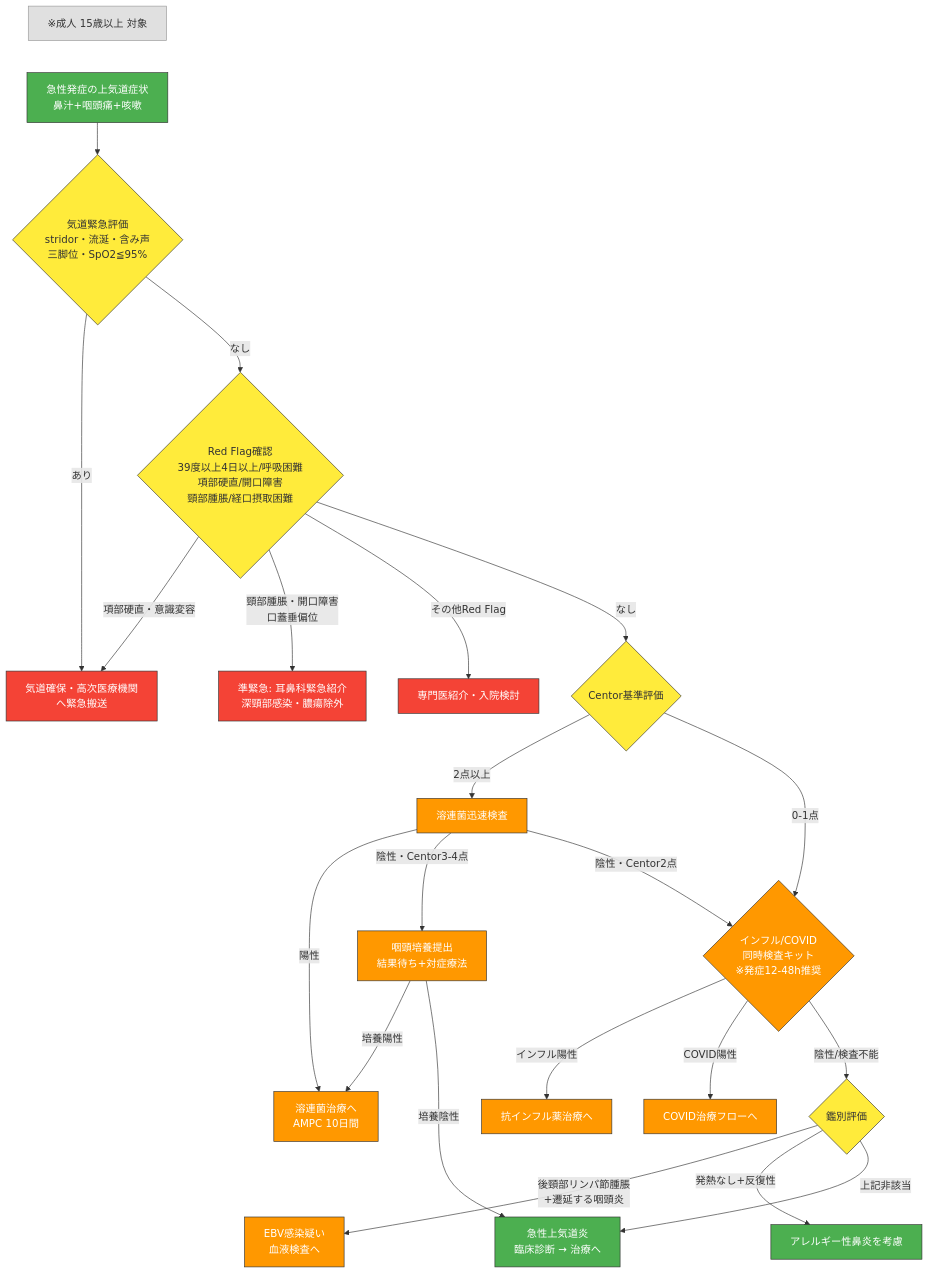
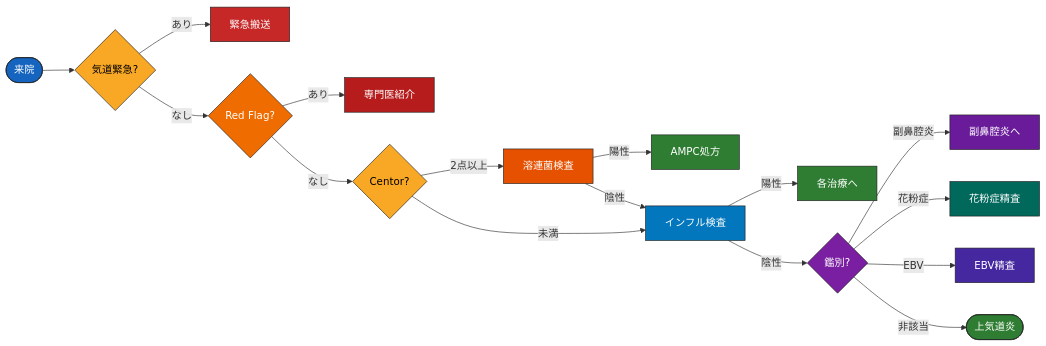
Before and after one commit to DrYamaHiro/medical-wiki: the diagram in flowcharts/j00-common-cold/diagnosis.mmd, drawn with Mermaid. The commit also changed 24 other files, not shown here.

First line of the commit message:
Add CPI calculator, fix 010 Mermaid build errors, update flowchart guidelines

```diff
--- a/flowcharts/j00-common-cold/diagnosis.mmd
+++ b/flowcharts/j00-common-cold/diagnosis.mmd
@@ -1,42 +1,35 @@
-flowchart TD
-    NOTE["※成人 15歳以上 対象"]
-    A["急性発症の上気道症状<br/>鼻汁+咽頭痛+咳嗽"] --> B{"気道緊急評価<br/>stridor・流涎・含み声<br/>三脚位・SpO2≦95%"}
-    B -->|"あり"| C["気道確保・高次医療機関<br/>へ緊急搬送"]
-    B -->|"なし"| D{"Red Flag確認<br/>39度以上4日以上/呼吸困難<br/>項部硬直/開口障害<br/>頸部腫脹/経口摂取困難"}
-    D -->|"項部硬直・意識変容"| C
-    D -->|"頸部腫脹・開口障害<br/>口蓋垂偏位"| E["準緊急: 耳鼻科緊急紹介<br/>深頸部感染・膿瘍除外"]
-    D -->|"その他Red Flag"| F["専門医紹介・入院検討"]
-    D -->|"なし"| G{"Centor基準評価"}
-    G -->|"2点以上"| H["溶連菌迅速検査"]
-    G -->|"0-1点"| I{"インフル/COVID<br/>同時検査キット<br/>※発症12-48h推奨"}
-    H -->|"陽性"| J["溶連菌治療へ<br/>AMPC 10日間"]
-    H -->|"陰性・Centor3-4点"| K["咽頭培養提出<br/>結果待ち+対症療法"]
-    H -->|"陰性・Centor2点"| I
-    K -->|"培養陽性"| J
-    K -->|"培養陰性"| P
-    I -->|"インフル陽性"| L1["抗インフル薬治療へ"]
-    I -->|"COVID陽性"| L2["COVID治療フローへ"]
-    I -->|"陰性/検査不能"| M{"鑑別評価"}
-    M -->|"後頸部リンパ節腫脹<br/>+遷延する咽頭炎"| N["EBV感染疑い<br/>血液検査へ"]
-    M -->|"発熱なし+反復性"| O["アレルギー性鼻炎を考慮"]
-    M -->|"上記非該当"| P["急性上気道炎<br/>臨床診断 → 治療へ"]
+flowchart LR
+    A(["来院"]) --> B{"気道緊急?"}
+    B -->|あり| C["緊急搬送"]
+    B -->|なし| D{"Red Flag?"}
+    D -->|あり| E["専門医紹介"]
+    D -->|なし| F{"Centor?"}
 
-    NOTE ~~~ A
-    style NOTE fill:#e0e0e0,stroke:#999,color:#333
-    style A fill:#4CAF50,stroke:#333,color:#fff
-    style B fill:#FFEB3B,stroke:#333,color:#333
-    style C fill:#f44336,stroke:#333,color:#fff
-    style D fill:#FFEB3B,stroke:#333,color:#333
-    style E fill:#f44336,stroke:#333,color:#fff
-    style F fill:#f44336,stroke:#333,color:#fff
-    style G fill:#FFEB3B,stroke:#333,color:#333
-    style H fill:#FF9800,stroke:#333,color:#fff
-    style I fill:#FF9800,stroke:#333,color:#fff
-    style J fill:#FF9800,stroke:#333,color:#fff
-    style K fill:#FF9800,stroke:#333,color:#fff
-    style L1 fill:#FF9800,stroke:#333,color:#fff
-    style L2 fill:#FF9800,stroke:#333,color:#fff
-    style M fill:#FFEB3B,stroke:#333,color:#333
-    style N fill:#FF9800,stroke:#333,color:#fff
-    style O fill:#4CAF50,stroke:#333,color:#fff
-    style P fill:#4CAF50,stroke:#333,color:#fff
+    F -->|2点以上| G["溶連菌検査"]
+    G -->|陽性| I["AMPC処方"]
+    G -->|陰性| H
+
+    F -->|未満| H["インフル検査"]
+    H -->|陽性| J["各治療へ"]
+
+    H -->|陰性| K{"鑑別?"}
+    K -->|副鼻腔炎| L1["副鼻腔炎へ"]
+    K -->|花粉症| L2["花粉症精査"]
+    K -->|EBV| L3["EBV精査"]
+    K -->|非該当| M(["上気道炎"])
+
+    style A fill:#1565C0,stroke:#212121,color:#fff
+    style C fill:#C62828,stroke:#212121,color:#fff
+    style E fill:#B71C1C,stroke:#212121,color:#fff
+    style B fill:#F9A825,stroke:#212121,color:#000
+    style D fill:#EF6C00,stroke:#212121,color:#fff
+    style F fill:#F9A825,stroke:#212121,color:#000
+    style K fill:#7B1FA2,stroke:#212121,color:#fff
+    style G fill:#E65100,stroke:#212121,color:#fff
+    style H fill:#0277BD,stroke:#212121,color:#fff
+    style I fill:#2E7D32,stroke:#212121,color:#fff
+    style J fill:#2E7D32,stroke:#212121,color:#fff
+    style L1 fill:#6A1B9A,stroke:#212121,color:#fff
+    style L2 fill:#00695C,stroke:#212121,color:#fff
+    style L3 fill:#4527A0,stroke:#212121,color:#fff
+    style M fill:#2E7D32,stroke:#212121,color:#fff
```
